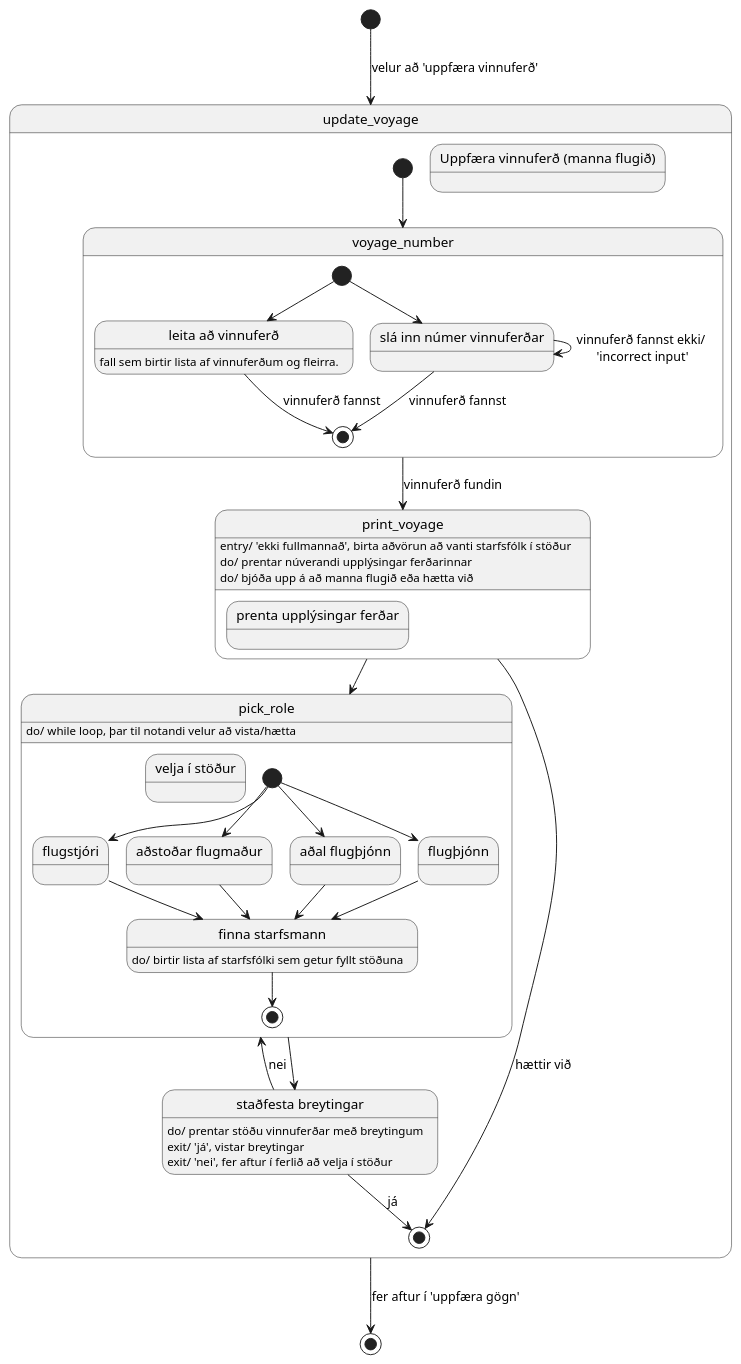
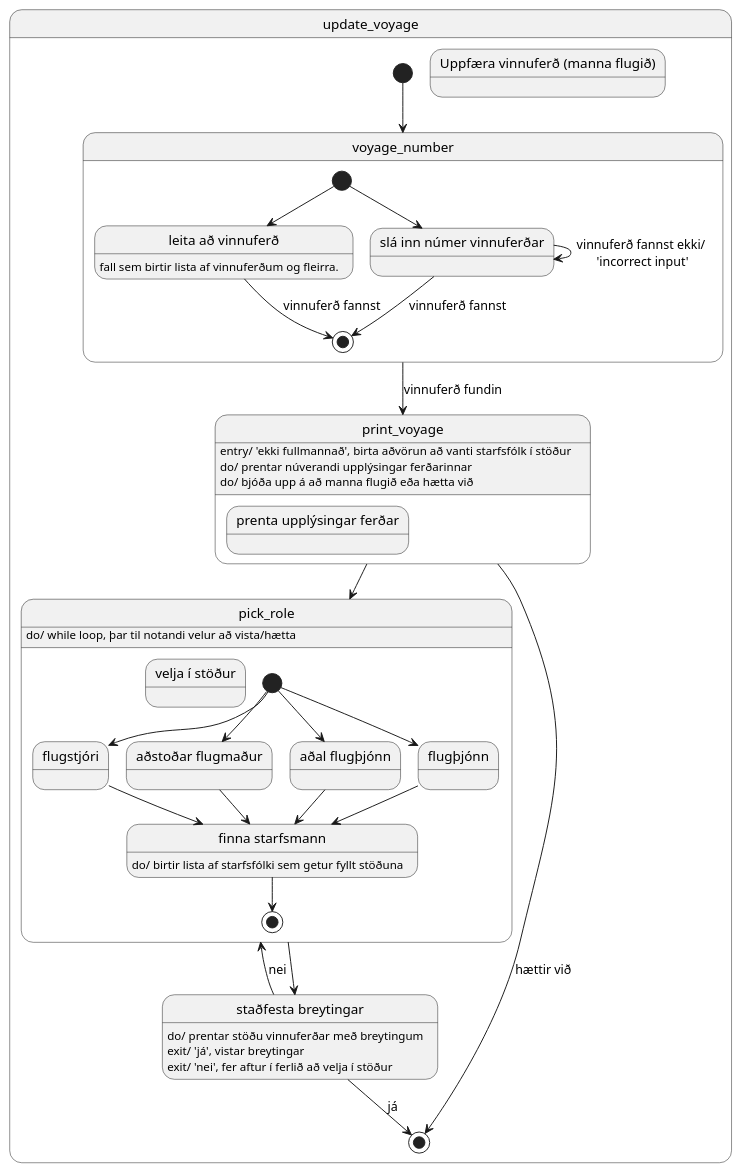
Before and after one commit to MyraMidnight/VLN1_h16: the diagram in diagrams/state/state_program/state_update_voyage.puml, drawn with PlantUML. The commit also changed 2 other files, not shown here.

Commit message:
working on state diagram for getting shift data

```diff
--- a/diagrams/state/state_program/state_update_voyage.puml
+++ b/diagrams/state/state_program/state_update_voyage.puml
@@ -1,62 +1,59 @@
 @startuml 
 
 state update_voyage {
   state update_voyage as "Uppfæra vinnuferð (manna flugið)"
 
   state voyage_number {
     state search_voyage as "leita að vinnuferð" 
       search_voyage : fall sem birtir lista af vinnuferðum og fleirra.
     state direct_voyage as "slá inn númer vinnuferðar"
     [*] --> search_voyage
     [*] --> direct_voyage
 
     direct_voyage --> [*] : vinnuferð fannst
     direct_voyage --> direct_voyage : vinnuferð fannst ekki/ \n'incorrect input'
     search_voyage --> [*] : vinnuferð fannst
   }
 
   state print_voyage {
     state print_voyage as "prenta upplýsingar ferðar"
       print_voyage : entry/ 'ekki fullmannað', birta aðvörun að vanti starfsfólk í stöður
       print_voyage : do/ prentar núverandi upplýsingar ferðarinnar
       print_voyage : do/ bjóða upp á að manna flugið eða hætta við
   }
   state pick_role {
     state pick_role as "velja í stöður"
       pick_role : do/ while loop, þar til notandi velur að vista/hætta
     state role_captain as "flugstjóri"
     state role_pilot as "aðstoðar flugmaður"
     state role_head_attendant as "aðal flugþjónn"
     state role_attendant as "flugþjónn"
     state find_staff as "finna starfsmann"
       find_staff : do/ birtir lista af starfsfólki sem getur fyllt stöðuna
 
     [*] --> role_captain
     [*] --> role_pilot
     [*] --> role_attendant
     [*] --> role_head_attendant
     role_captain --> find_staff
     role_pilot --> find_staff
     role_attendant --> find_staff
     role_head_attendant --> find_staff
     find_staff --> [*]
   }
   state confirm_changes as "staðfesta breytingar"
     confirm_changes : do/ prentar stöðu vinnuferðar með breytingum
     confirm_changes : exit/ 'já', vistar breytingar
     confirm_changes : exit/ 'nei', fer aftur í ferlið að velja í stöður
   [*] --> voyage_number
   voyage_number --> print_voyage : vinnuferð fundin
   print_voyage --> pick_role
   print_voyage --> [*] : hættir við
   confirm_changes --> [*] : já
   confirm_changes -left-> pick_role : nei
   pick_role --> confirm_changes
 
 }
 
 
-[*] --> update_voyage : velur að 'uppfæra vinnuferð'
-update_voyage --> [*] : fer aftur í 'uppfæra gögn' 
-
 @enduml
```
